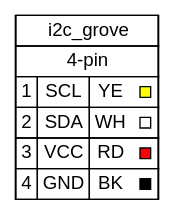
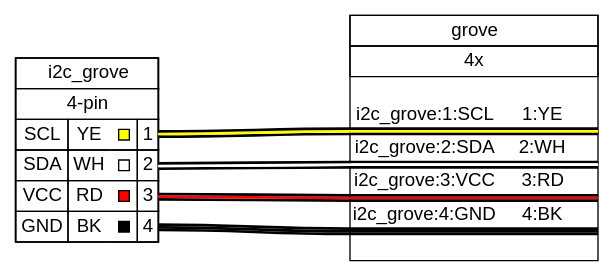
The diagram in i2c/i2c-grove.gv (bareboat-necessities/wireviz-4-boats), drawn with Graphviz before and after one commit. The commit also changed 5 other files, not shown here.

```diff
--- a/i2c/i2c-grove.gv
+++ b/i2c/i2c-grove.gv
@@ -1,65 +1,157 @@
 graph {
 // Graph generated by WireViz 0.3.2
 // https://github.com/formatc1702/WireViz
 	graph [bgcolor="#FFFFFF" fontname=arial nodesep=0.33 rankdir=LR ranksep=2]
 	node [fillcolor="#FFFFFF" fontname=arial height=0 margin=0 shape=none style=filled width=0]
 	edge [fontname=arial style=bold]
 	i2c_grove [label=<
 <table border="0" cellspacing="0" cellpadding="0">
  <tr><td>
   <table border="0" cellspacing="0" cellpadding="3" cellborder="1"><tr>
    <td balign="left">i2c_grove</td>
   </tr></table>
  </td></tr>
  <tr><td>
   <table border="0" cellspacing="0" cellpadding="3" cellborder="1"><tr>
    <td balign="left">4-pin</td>
   </tr></table>
  </td></tr>
  <tr><td>
   <table border="0" cellspacing="0" cellpadding="3" cellborder="1">
    <tr>
-    <td port="p1l">1</td>
     <td>SCL</td>
     <td sides="tbl">YE</td>
     <td sides="tbr">
      <table border="0" cellborder="1"><tr>
       <td bgcolor="#FFFF00" width="8" height="8" fixedsize="true"></td>
      </tr></table>
     </td>
+    <td port="p1r">1</td>
    </tr>
    <tr>
-    <td port="p2l">2</td>
     <td>SDA</td>
     <td sides="tbl">WH</td>
     <td sides="tbr">
      <table border="0" cellborder="1"><tr>
       <td bgcolor="#FFFFFF" width="8" height="8" fixedsize="true"></td>
      </tr></table>
     </td>
+    <td port="p2r">2</td>
    </tr>
    <tr>
-    <td port="p3l">3</td>
     <td>VCC</td>
     <td sides="tbl">RD</td>
     <td sides="tbr">
      <table border="0" cellborder="1"><tr>
       <td bgcolor="#FF0000" width="8" height="8" fixedsize="true"></td>
      </tr></table>
     </td>
+    <td port="p3r">3</td>
    </tr>
    <tr>
-    <td port="p4l">4</td>
     <td>GND</td>
     <td sides="tbl">BK</td>
     <td sides="tbr">
      <table border="0" cellborder="1"><tr>
       <td bgcolor="#000000" width="8" height="8" fixedsize="true"></td>
      </tr></table>
     </td>
+    <td port="p4r">4</td>
    </tr>
   </table>
  </td></tr>
 </table>
 > fillcolor="#FFFFFF" shape=box style=filled]
+	edge [color="#000000:#ffff00:#000000"]
+	i2c_grove:p1r:e -- grove:w1:w
+	edge [color="#000000:#ffffff:#000000"]
+	i2c_grove:p2r:e -- grove:w2:w
+	edge [color="#000000:#ff0000:#000000"]
+	i2c_grove:p3r:e -- grove:w3:w
+	edge [color="#000000:#000000:#000000"]
+	i2c_grove:p4r:e -- grove:w4:w
+	grove [label=<
+<table border="0" cellspacing="0" cellpadding="0">
+ <tr><td>
+  <table border="0" cellspacing="0" cellpadding="3" cellborder="1"><tr>
+   <td balign="left">grove</td>
+  </tr></table>
+ </td></tr>
+ <tr><td>
+  <table border="0" cellspacing="0" cellpadding="3" cellborder="1"><tr>
+   <td balign="left">4x</td>
+  </tr></table>
+ </td></tr>
+ <tr><td>
+  <table border="0" cellspacing="0" cellborder="0">
+   <tr><td>&nbsp;</td></tr>
+   <tr>
+    <td>i2c_grove:1:SCL</td>
+    <td>
+     1:YE
+    </td>
+    <td><!-- 1_out --></td>
+   </tr>
+   <tr>
+    <td colspan="3" border="0" cellspacing="0" cellpadding="0" port="w1" height="6">
+     <table cellspacing="0" cellborder="0" border="0">
+      <tr><td colspan="3" cellpadding="0" height="2" bgcolor="#000000" border="0"></td></tr>
+      <tr><td colspan="3" cellpadding="0" height="2" bgcolor="#ffff00" border="0"></td></tr>
+      <tr><td colspan="3" cellpadding="0" height="2" bgcolor="#000000" border="0"></td></tr>
+     </table>
+    </td>
+   </tr>
+   <tr>
+    <td>i2c_grove:2:SDA</td>
+    <td>
+     2:WH
+    </td>
+    <td><!-- 2_out --></td>
+   </tr>
+   <tr>
+    <td colspan="3" border="0" cellspacing="0" cellpadding="0" port="w2" height="6">
+     <table cellspacing="0" cellborder="0" border="0">
+      <tr><td colspan="3" cellpadding="0" height="2" bgcolor="#000000" border="0"></td></tr>
+      <tr><td colspan="3" cellpadding="0" height="2" bgcolor="#ffffff" border="0"></td></tr>
+      <tr><td colspan="3" cellpadding="0" height="2" bgcolor="#000000" border="0"></td></tr>
+     </table>
+    </td>
+   </tr>
+   <tr>
+    <td>i2c_grove:3:VCC</td>
+    <td>
+     3:RD
+    </td>
+    <td><!-- 3_out --></td>
+   </tr>
+   <tr>
+    <td colspan="3" border="0" cellspacing="0" cellpadding="0" port="w3" height="6">
+     <table cellspacing="0" cellborder="0" border="0">
+      <tr><td colspan="3" cellpadding="0" height="2" bgcolor="#000000" border="0"></td></tr>
+      <tr><td colspan="3" cellpadding="0" height="2" bgcolor="#ff0000" border="0"></td></tr>
+      <tr><td colspan="3" cellpadding="0" height="2" bgcolor="#000000" border="0"></td></tr>
+     </table>
+    </td>
+   </tr>
+   <tr>
+    <td>i2c_grove:4:GND</td>
+    <td>
+     4:BK
+    </td>
+    <td><!-- 4_out --></td>
+   </tr>
+   <tr>
+    <td colspan="3" border="0" cellspacing="0" cellpadding="0" port="w4" height="6">
+     <table cellspacing="0" cellborder="0" border="0">
+      <tr><td colspan="3" cellpadding="0" height="2" bgcolor="#000000" border="0"></td></tr>
+      <tr><td colspan="3" cellpadding="0" height="2" bgcolor="#000000" border="0"></td></tr>
+      <tr><td colspan="3" cellpadding="0" height="2" bgcolor="#000000" border="0"></td></tr>
+     </table>
+    </td>
+   </tr>
+   <tr><td>&nbsp;</td></tr>
+  </table>
+ </td></tr>
+</table>
+> fillcolor="#FFFFFF" shape=box style=filled]
 }
```
